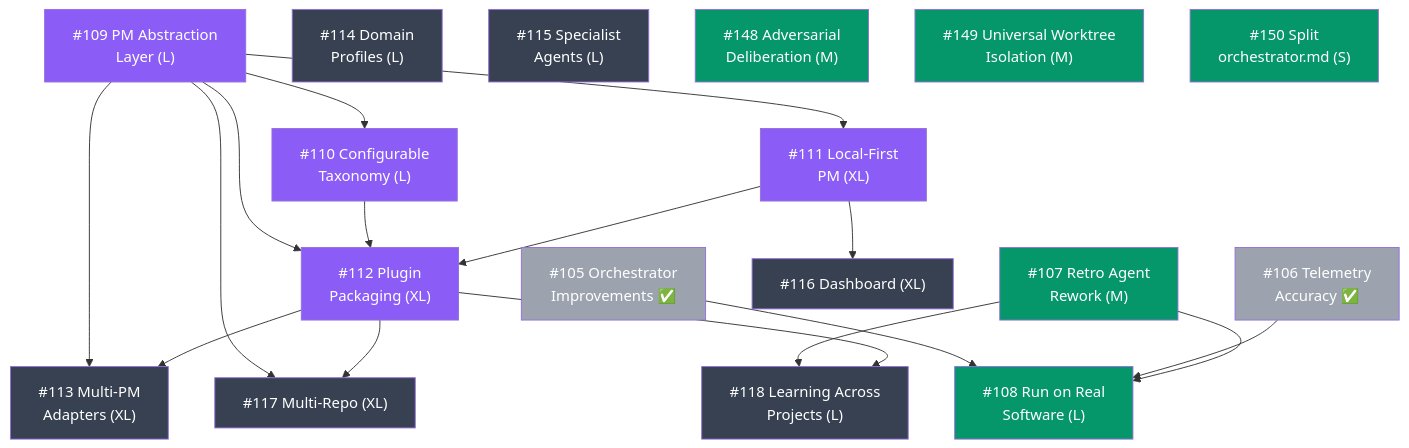
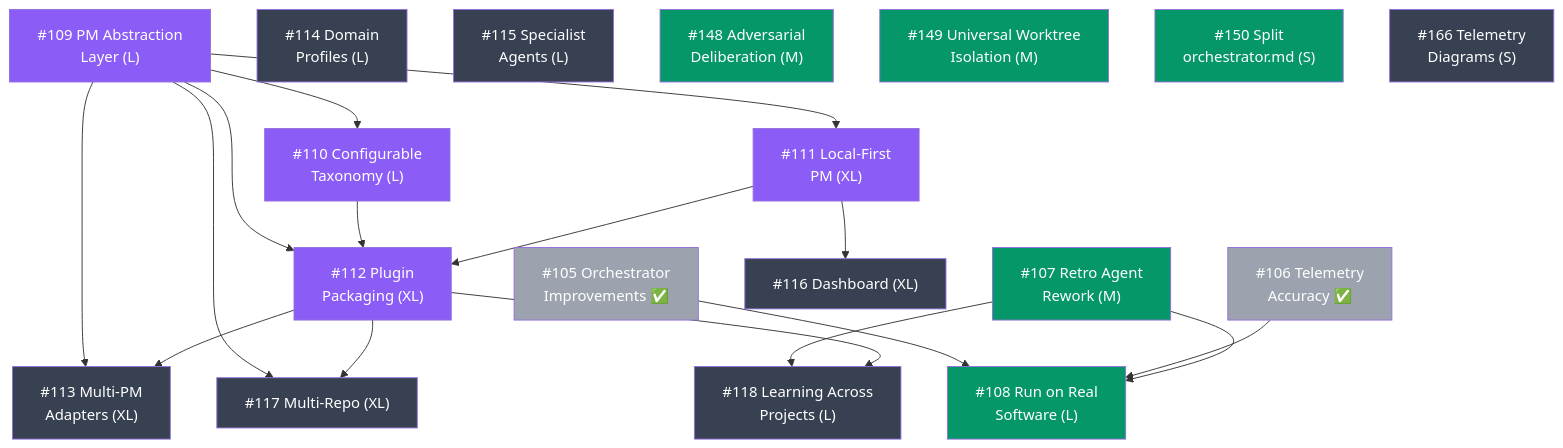
Before and after one commit to carlosboeing/agentic-sdlc-workflow: the diagram in docs/ROADMAP.md, drawn with Mermaid. The commit also changed other lines of this file and 14 other files, not shown here.

````diff
--- a/docs/ROADMAP.md
+++ b/docs/ROADMAP.md
@@ -9,54 +9,56 @@
 ```mermaid
 graph TD
     105["#105 Orchestrator<br/>Improvements ✅"]
     106["#106 Telemetry<br/>Accuracy ✅"]
     107["#107 Retro Agent<br/>Rework (M)"]
     108["#108 Run on Real<br/>Software (L)"]
     109["#109 PM Abstraction<br/>Layer (L)"]
     110["#110 Configurable<br/>Taxonomy (L)"]
     111["#111 Local-First<br/>PM (XL)"]
     112["#112 Plugin<br/>Packaging (XL)"]
     113["#113 Multi-PM<br/>Adapters (XL)"]
     114["#114 Domain<br/>Profiles (L)"]
     115["#115 Specialist<br/>Agents (L)"]
     116["#116 Dashboard (XL)"]
     117["#117 Multi-Repo (XL)"]
     118["#118 Learning Across<br/>Projects (L)"]
     148["#148 Adversarial<br/>Deliberation (M)"]
     149["#149 Universal Worktree<br/>Isolation (M)"]
     150["#150 Split<br/>orchestrator.md (S)"]
+    166["#166 Telemetry<br/>Diagrams (S)"]
 
     105 --> 108
     106 --> 108
     107 --> 108
     109 --> 111
     109 --> 110
     109 --> 112
     109 --> 113
     109 --> 117
     110 --> 112
     111 --> 112
     111 --> 116
     107 --> 118
     112 --> 113
     112 --> 117
     112 --> 118
 
     style 105 fill:#9ca3af,color:#fff
     style 106 fill:#9ca3af,color:#fff
     style 107 fill:#059669,color:#fff
     style 108 fill:#059669,color:#fff
     style 109 fill:#8b5cf6,color:#fff
     style 110 fill:#8b5cf6,color:#fff
     style 111 fill:#8b5cf6,color:#fff
     style 112 fill:#8b5cf6,color:#fff
     style 113 fill:#374151,color:#fff
     style 114 fill:#374151,color:#fff
     style 115 fill:#374151,color:#fff
     style 116 fill:#374151,color:#fff
     style 117 fill:#374151,color:#fff
     style 118 fill:#374151,color:#fff
     style 148 fill:#059669,color:#fff
     style 149 fill:#059669,color:#fff
     style 150 fill:#059669,color:#fff
+    style 166 fill:#374151,color:#fff
 ```
````
